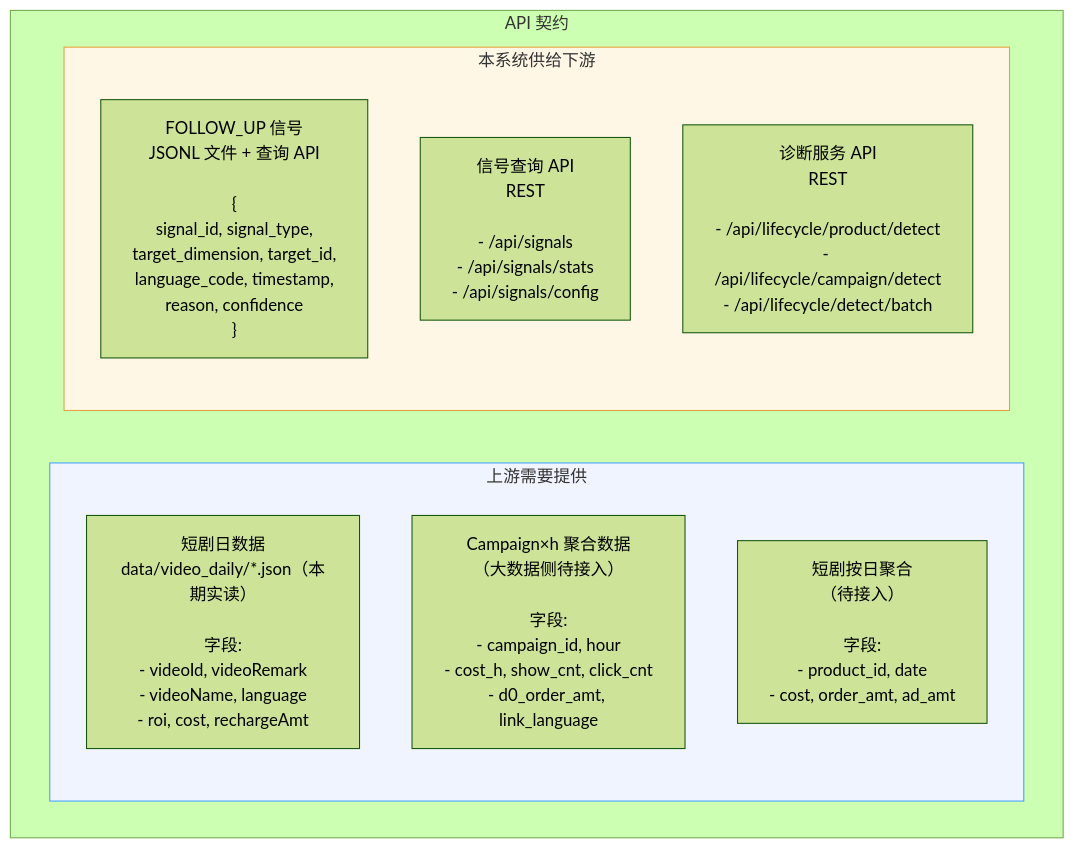
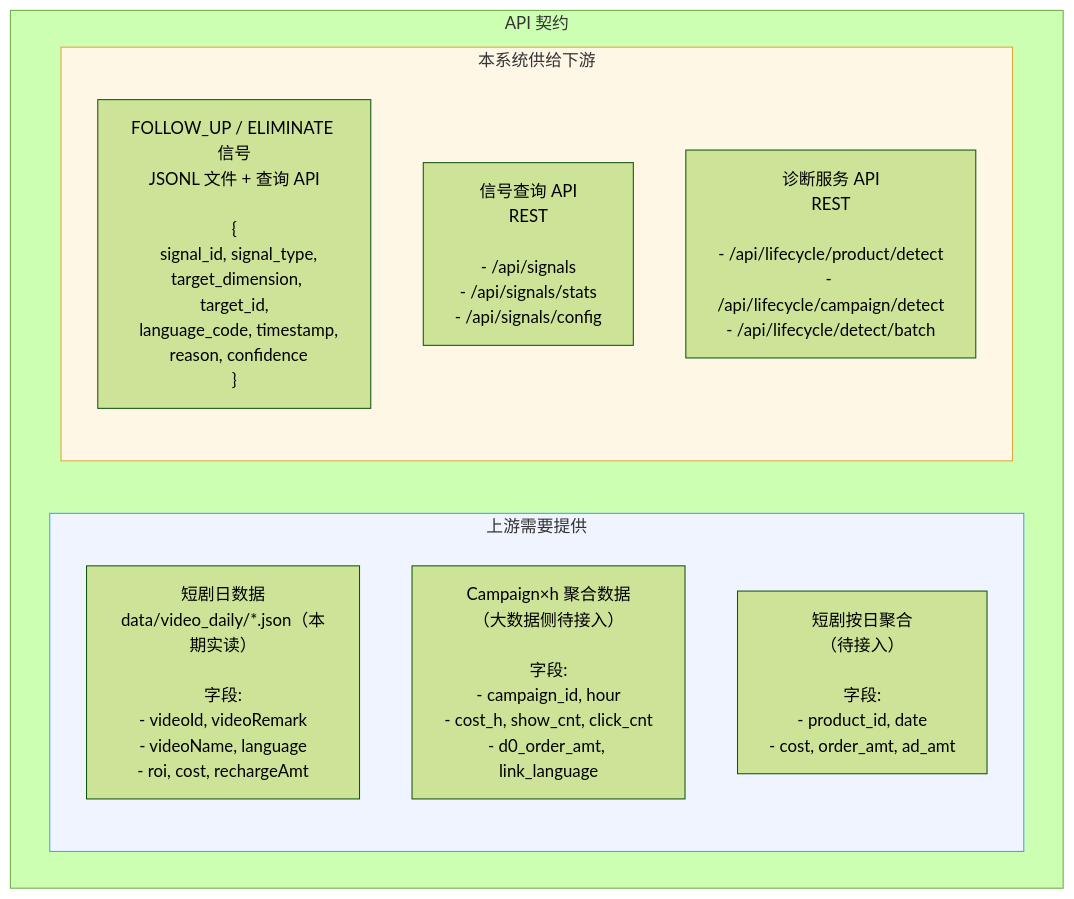
The third of 3 diagrams in docs/architecture.md (gar-su/smart_ad_put), drawn with Mermaid (forest theme) before and after one commit. The commit also changed other lines of this file and 27 other files, not shown here.

````diff
--- a/docs/architecture.md
+++ b/docs/architecture.md
@@ -110,22 +110,22 @@
 ```mermaid
 graph TB
     %% ===== 供给契约 =====
 
     subgraph api_surface["API 契约"]
 
         subgraph upstream_api["上游需要提供"]
             u1["短剧日数据<br/>data/video_daily/*.json（本期实读）<br/><br/>字段:<br/>- videoId, videoRemark<br/>- videoName, language<br/>- roi, cost, rechargeAmt"]
             u2["Campaign×h 聚合数据<br/>（大数据侧待接入）<br/><br/>字段:<br/>- campaign_id, hour<br/>- cost_h, show_cnt, click_cnt<br/>- d0_order_amt, link_language"]
             u3["短剧按日聚合<br/>（待接入）<br/><br/>字段:<br/>- product_id, date<br/>- cost, order_amt, ad_amt"]
         end
 
         subgraph downstream_api["本系统供给下游"]
-            d1["FOLLOW_UP 信号<br/>JSONL 文件 + 查询 API<br/><br/>{<br/>  signal_id, signal_type,<br/>  target_dimension, target_id,<br/>  language_code, timestamp,<br/>  reason, confidence<br/>}"]
+            d1["FOLLOW_UP / ELIMINATE 信号<br/>JSONL 文件 + 查询 API<br/><br/>{<br/>  signal_id, signal_type,<br/>  target_dimension, target_id,<br/>  language_code, timestamp,<br/>  reason, confidence<br/>}"]
             d2["信号查询 API<br/>REST<br/><br/>- /api/signals<br/>- /api/signals/stats<br/>- /api/signals/config"]
             d3["诊断服务 API<br/>REST<br/><br/>- /api/lifecycle/product/detect<br/>- /api/lifecycle/campaign/detect<br/>- /api/lifecycle/detect/batch"]
         end
     end
 
     style upstream_api fill:#f0f4ff,stroke:#409eff
     style downstream_api fill:#fff7e6,stroke:#e6a23c
 ```
````
